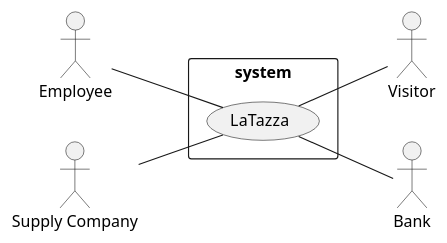
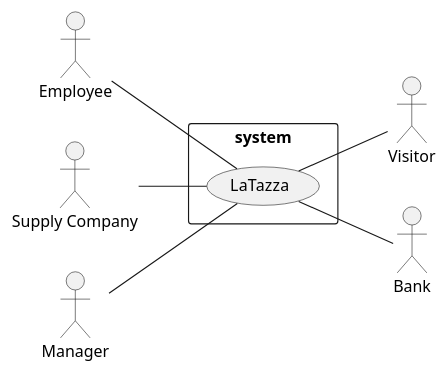
The first of 3 diagrams in Project/Requirements/RequirementDocument.md (roypaulin/laTazza), drawn with PlantUML before and after one commit. The commit also changed other lines of this file, not shown here.

Commit message:
removed some imperfection

````diff
--- a/Project/Requirements/RequirementDocument.md
+++ b/Project/Requirements/RequirementDocument.md
@@ -49,18 +48,19 @@
 ```plantuml
 left to right direction
 skinparam packageStyle rectangle
 
 actor Employee as e
 actor "Supply Company" as sc
 actor Visitor as v
 actor Bank as b
-
+actor Manager as m
 
 rectangle system{
   (LaTazza) as lt
   e--lt 
   lt--v   
   lt--b 
   sc--lt
+  m--lt
 }
 ```
````
